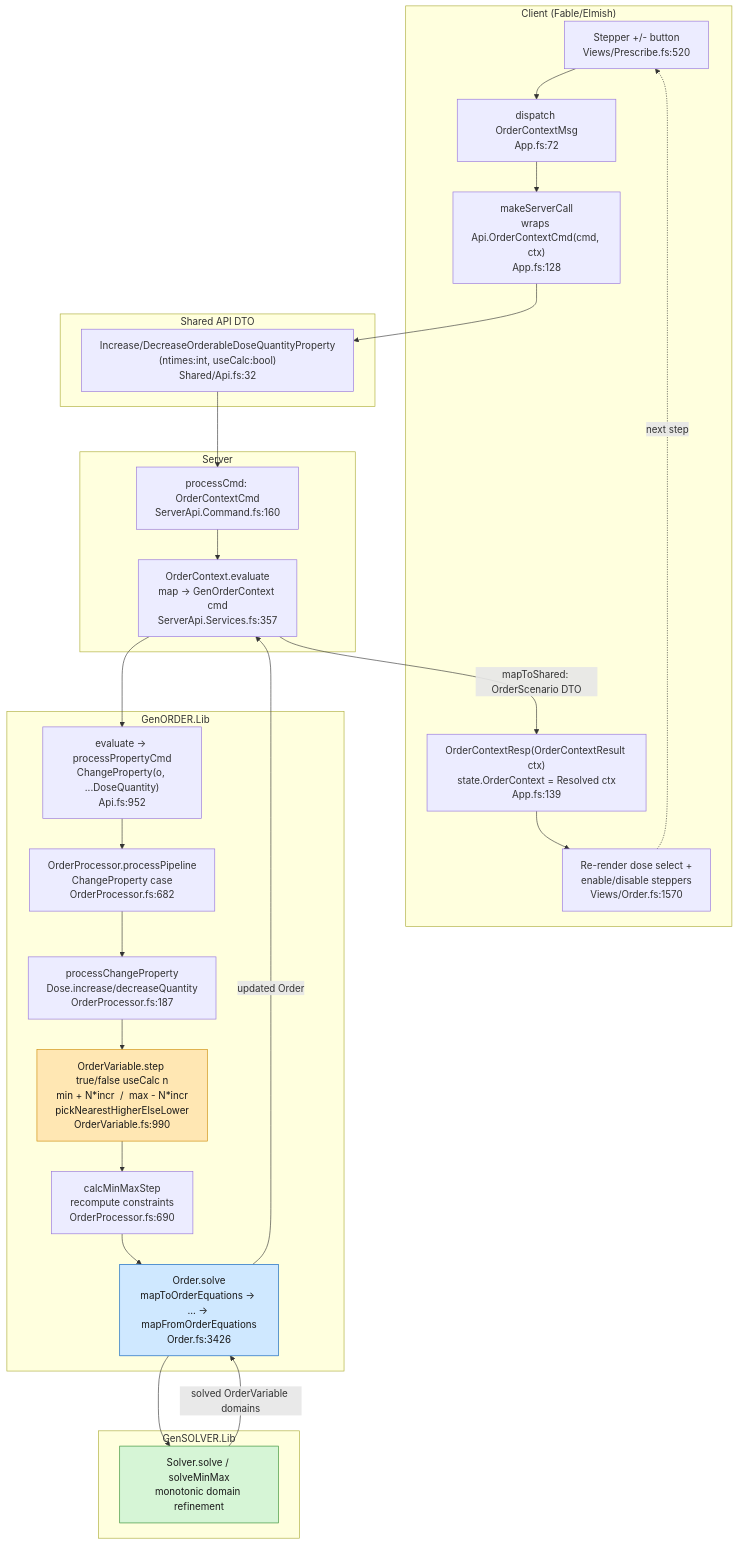
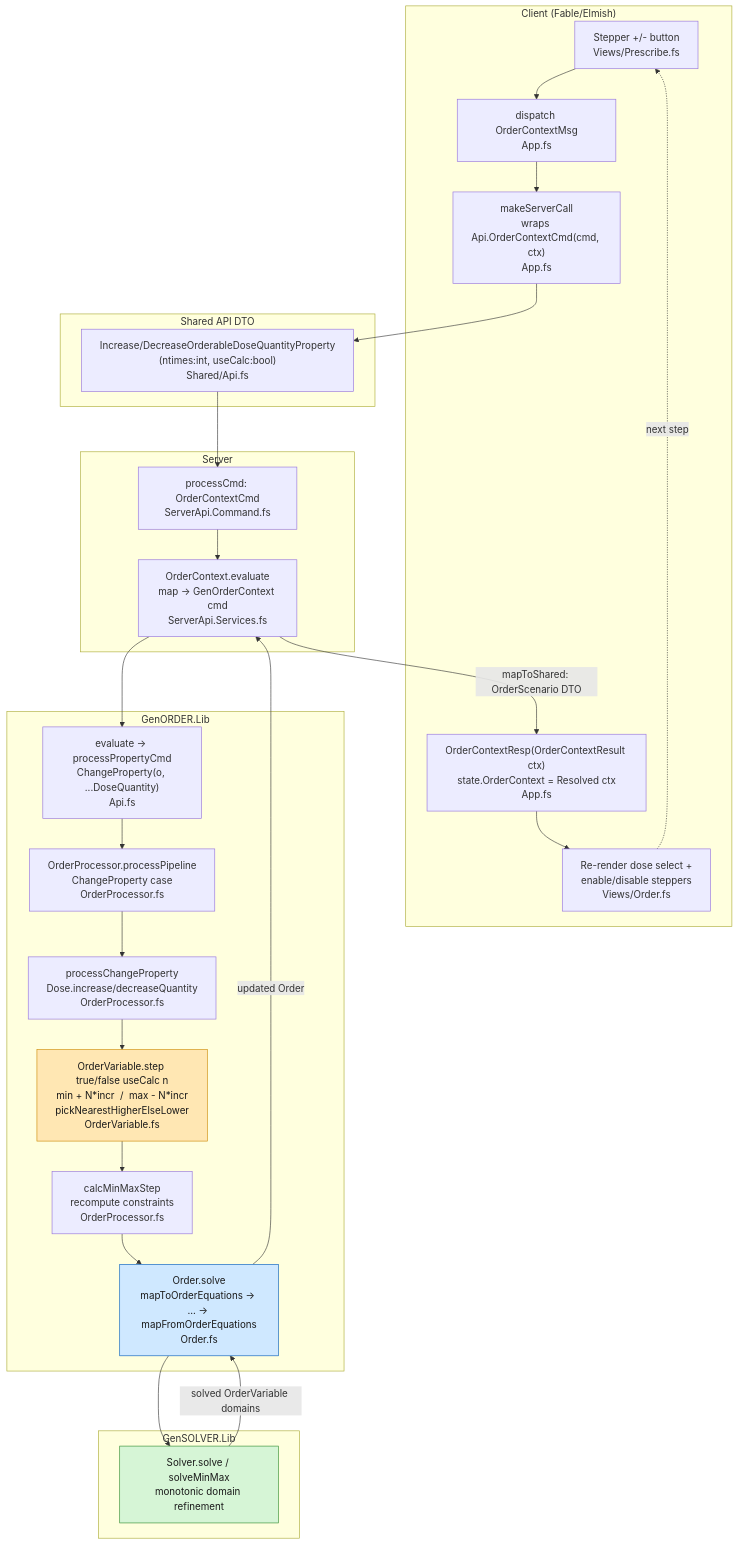
One commit to informedica/GenPRES changed the first of 2 diagrams in docs/domain/dose-quantity-stepping-flow.md. Above: the diagram before and after it, drawn with Mermaid. The commit also changed other lines of this file and 7 other files, not shown here.

````diff
--- a/docs/domain/dose-quantity-stepping-flow.md
+++ b/docs/domain/dose-quantity-stepping-flow.md
@@ -7,43 +7,43 @@
 ```mermaid
 flowchart TD
     subgraph CLIENT["Client (Fable/Elmish)"]
-        UI["Stepper +/- button<br/>Views/Prescribe.fs:520"]
-        MSG["dispatch OrderContextMsg<br/>App.fs:72"]
-        CALL["makeServerCall<br/>wraps Api.OrderContextCmd(cmd, ctx)<br/>App.fs:128"]
-        RESP["OrderContextResp(OrderContextResult ctx)<br/>state.OrderContext = Resolved ctx<br/>App.fs:139"]
-        RENDER["Re-render dose select +<br/>enable/disable steppers<br/>Views/Order.fs:1570"]
+        UI["Stepper +/- button<br/>Views/Prescribe.fs"]
+        MSG["dispatch OrderContextMsg<br/>App.fs"]
+        CALL["makeServerCall<br/>wraps Api.OrderContextCmd(cmd, ctx)<br/>App.fs"]
+        RESP["OrderContextResp(OrderContextResult ctx)<br/>state.OrderContext = Resolved ctx<br/>App.fs"]
+        RENDER["Re-render dose select +<br/>enable/disable steppers<br/>Views/Order.fs"]
     end
 
     subgraph SHARED["Shared API DTO"]
-        CMD["Increase/DecreaseOrderableDoseQuantityProperty<br/>(ntimes:int, useCalc:bool)<br/>Shared/Api.fs:32"]
+        CMD["Increase/DecreaseOrderableDoseQuantityProperty<br/>(ntimes:int, useCalc:bool)<br/>Shared/Api.fs"]
     end
 
     subgraph SERVER["Server"]
-        SCMD["processCmd: OrderContextCmd<br/>ServerApi.Command.fs:160"]
-        SEVAL["OrderContext.evaluate<br/>map -> GenOrderContext cmd<br/>ServerApi.Services.fs:357"]
+        SCMD["processCmd: OrderContextCmd<br/>ServerApi.Command.fs"]
+        SEVAL["OrderContext.evaluate<br/>map -> GenOrderContext cmd<br/>ServerApi.Services.fs"]
     end
 
     subgraph GENORDER["GenORDER.Lib"]
-        GEVAL["evaluate -> processPropertyCmd<br/>ChangeProperty(o, ...DoseQuantity)<br/>Api.fs:952"]
-        PIPE["OrderProcessor.processPipeline<br/>ChangeProperty case<br/>OrderProcessor.fs:682"]
-        PCHANGE["processChangeProperty<br/>Dose.increase/decreaseQuantity<br/>OrderProcessor.fs:187"]
-        STEP["OrderVariable.step true/false useCalc n<br/>min + N*incr  /  max - N*incr<br/>pickNearestHigherElseLower<br/>OrderVariable.fs:990"]
-        CALCMM["calcMinMaxStep<br/>recompute constraints<br/>OrderProcessor.fs:690"]
-        SOLVE["Order.solve<br/>mapToOrderEquations -> ... -> mapFromOrderEquations<br/>Order.fs:3426"]
+        GEVAL["evaluate -> processPropertyCmd<br/>ChangeProperty(o, ...DoseQuantity)<br/>Api.fs"]
+        PIPE["OrderProcessor.processPipeline<br/>ChangeProperty case<br/>OrderProcessor.fs"]
+        PCHANGE["processChangeProperty<br/>Dose.increase/decreaseQuantity<br/>OrderProcessor.fs"]
+        STEP["OrderVariable.step true/false useCalc n<br/>min + N*incr  /  max - N*incr<br/>pickNearestHigherElseLower<br/>OrderVariable.fs"]
+        CALCMM["calcMinMaxStep<br/>recompute constraints<br/>OrderProcessor.fs"]
+        SOLVE["Order.solve<br/>mapToOrderEquations -> ... -> mapFromOrderEquations<br/>Order.fs"]
     end
 
     subgraph SOLVER["GenSOLVER.Lib"]
         GS["Solver.solve / solveMinMax<br/>monotonic domain refinement"]
     end
 
     UI --> MSG --> CALL --> CMD --> SCMD --> SEVAL --> GEVAL --> PIPE --> PCHANGE --> STEP --> CALCMM --> SOLVE --> GS
     GS -->|solved OrderVariable domains| SOLVE
     SOLVE -->|updated Order| SEVAL
     SEVAL -->|mapToShared: OrderScenario DTO| RESP
     RESP --> RENDER
     RENDER -.->|next step| UI
 
     style STEP fill:#ffe7b3,stroke:#cc8800,color:#1a1a1a
     style SOLVE fill:#cfe8ff,stroke:#005bbb,color:#1a1a1a
     style GS fill:#d6f5d6,stroke:#2e8b2e,color:#1a1a1a
 ```
````
